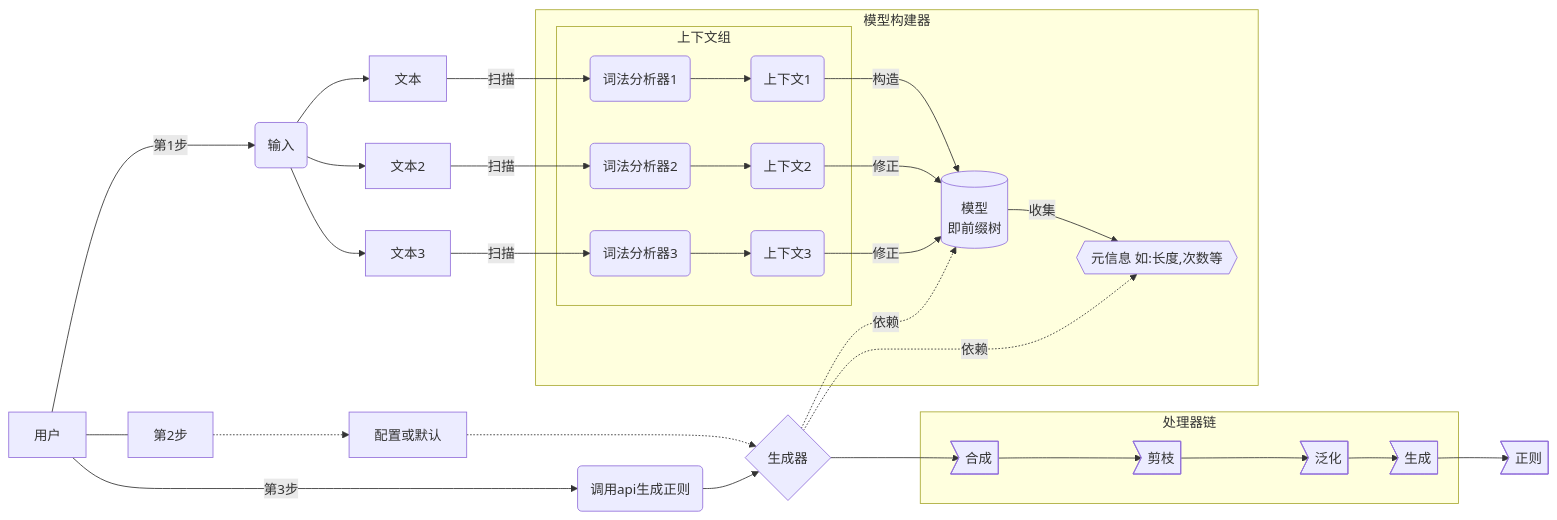
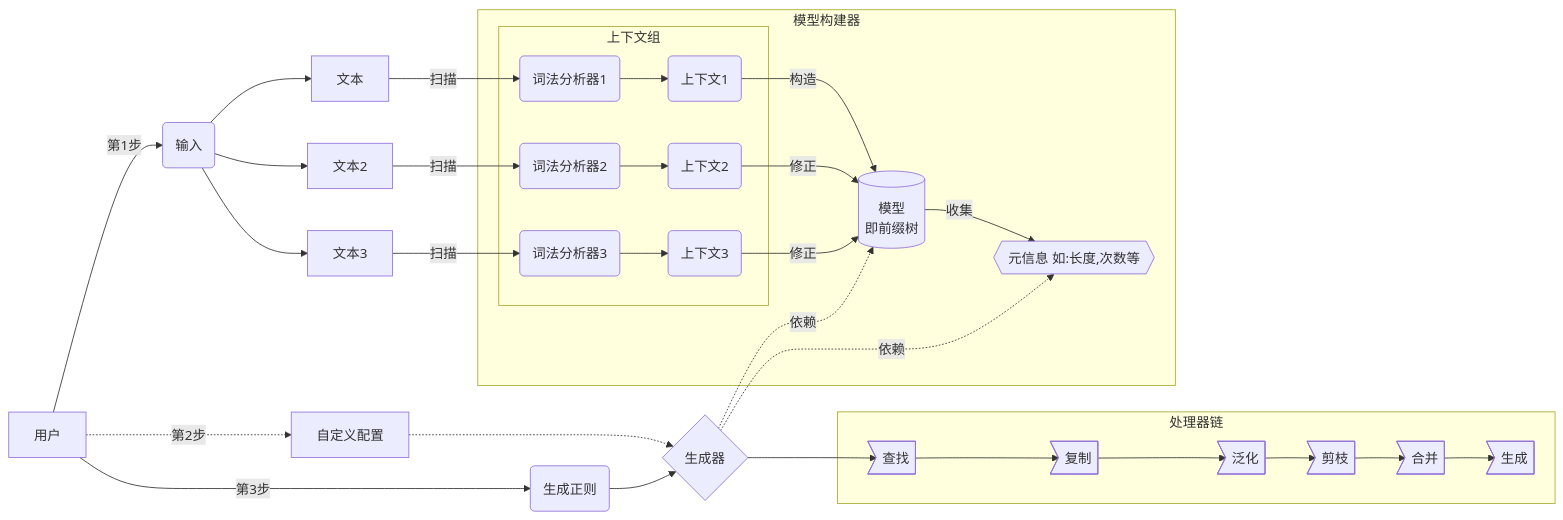
One commit to PheonixHkbxoic/regex-generator changed the diagram in README.md. Above: the diagram before and after it, drawn with Mermaid. The commit also changed other lines of this file and 3 other files, not shown here.

````diff
--- a/README.md
+++ b/README.md
@@ -13,43 +13,44 @@
 ```mermaid
 graph LR
     T1[文本]--扫描-->L1(词法分析器1)
     T2[文本2]--扫描-->L2(词法分析器2)
     T3[文本3]--扫描-->L3(词法分析器3)
 
 
     subgraph 模型构建器
         subgraph 上下文组
         L1-->C1(上下文1)
         L2-->C2(上下文2)
         L3-->C3(上下文3)
         end
 
         model[(模型<br>即前缀树)]    
         C1--构造-->model
         C2--修正-->model
         C3--修正-->model
 
         model--收集-->profile{{元信息 如:长度,次数等}}
 
     end
 
+    G{生成器}-->search
+    G-.依赖.->model
+    G-.依赖.->profile
 
-    G{生成器}-.依赖.->model
-    G-.依赖.->profile
-    G-->merger
     subgraph 处理器链
-        merger>合成]
+        search>查找]
+        -->copy>复制]
+        -->generalize>泛化]
         -->prune>剪枝]
-        -->generalize>泛化]
+        -->merge>合并]
         -->generate>生成]
     end
-    generate-->regex>正则]
 
-    用户--第1步-->input(输入)
+    用户-->|第1步|input(输入)
     input-->T1
     input-->T2
     input-->T3
 
-    用户---第2步-..->GC[配置或默认]-..->G
-    用户--第3步-->api(调用api生成正则)-->G
+    用户-..->|第2步|GC[自定义配置]-..->G
+    用户-->|第3步|api(生成正则)-->G
 ```
````
